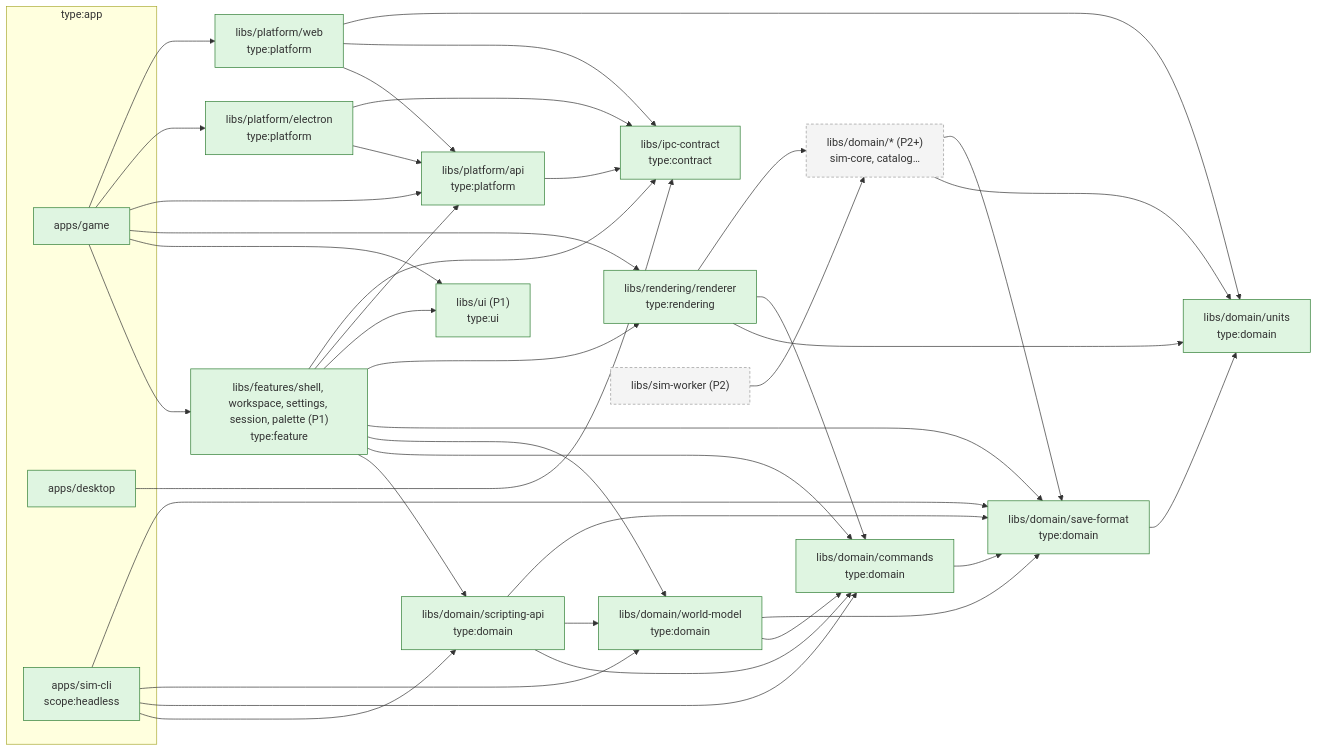
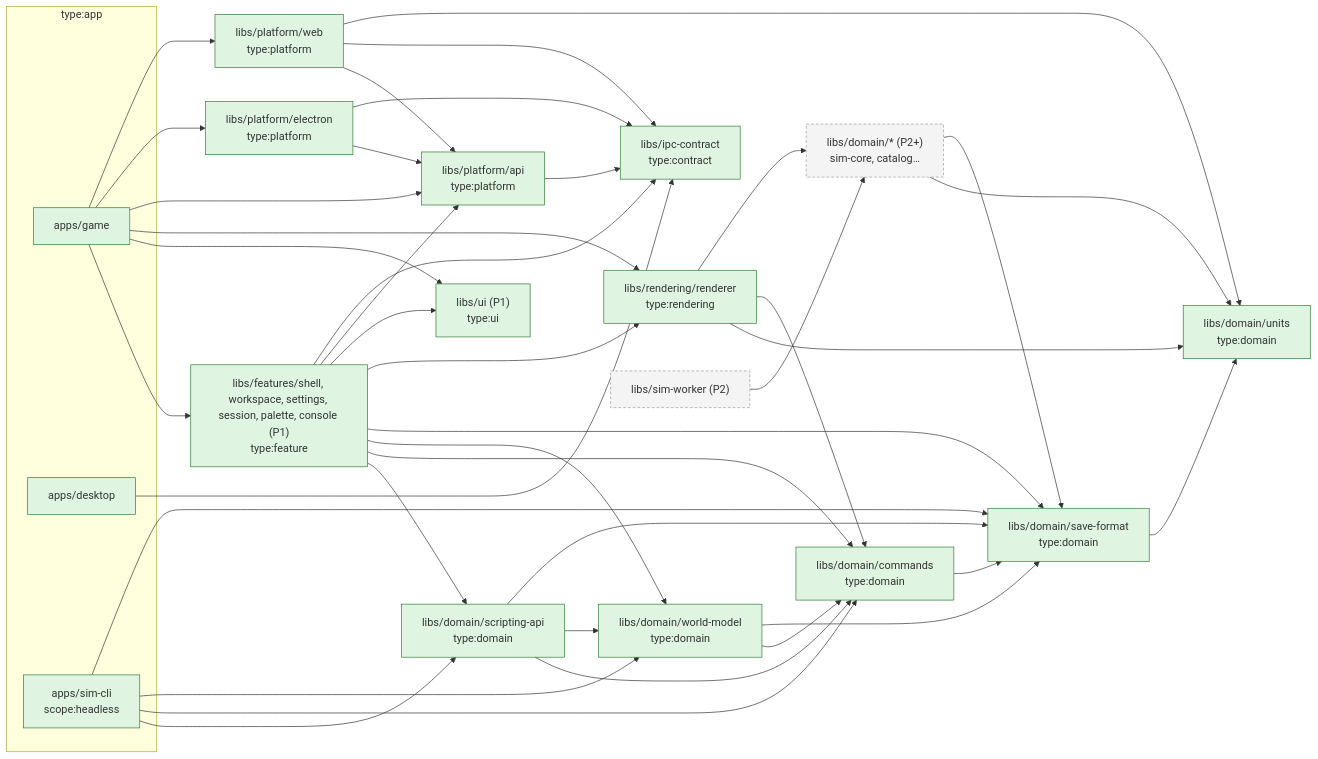
One commit to joebarbere/controls changed the second of 3 diagrams in docs/architecture/overview.md. Above: the diagram before and after it, drawn with Mermaid. The commit also changed other lines of this file and 53 other files, not shown here.

````diff
--- a/docs/architecture/overview.md
+++ b/docs/architecture/overview.md
@@ -67,42 +68,42 @@
 ```mermaid
 flowchart LR
     classDef p0 fill:#dff5e1,stroke:#2e7d32;
     classDef later fill:#f4f4f4,stroke:#999,stroke-dasharray: 4 3;
 
     subgraph apps["type:app"]
         GAME["apps/game"]:::p0
         DESK["apps/desktop"]:::p0
         SIMCLI["apps/sim-cli<br/>scope:headless"]:::p0
     end
 
-    FEAT["libs/features/shell, workspace, settings, session, palette (P1)<br/>type:feature"]:::p0
+    FEAT["libs/features/shell, workspace, settings, session, palette, console (P1)<br/>type:feature"]:::p0
     UI["libs/ui (P1)<br/>type:ui"]:::p0
     REND["libs/rendering/renderer<br/>type:rendering"]:::p0
     PAPI["libs/platform/api<br/>type:platform"]:::p0
     PEL["libs/platform/electron<br/>type:platform"]:::p0
     PWEB["libs/platform/web<br/>type:platform"]:::p0
     IPC["libs/ipc-contract<br/>type:contract"]:::p0
     UNITS["libs/domain/units<br/>type:domain"]:::p0
     SF["libs/domain/save-format<br/>type:domain"]:::p0
     CMDS["libs/domain/commands<br/>type:domain"]:::p0
     WM["libs/domain/world-model<br/>type:domain"]:::p0
     SAPI["libs/domain/scripting-api<br/>type:domain"]:::p0
     DOM["libs/domain/* (P2+)<br/>sim-core, catalog…"]:::later
     WORKER["libs/sim-worker (P2)"]:::later
 
     GAME --> FEAT & UI & REND & PAPI & PEL & PWEB
     DESK --> IPC
     SIMCLI --> SAPI & CMDS & WM & SF
     FEAT --> SAPI & CMDS & WM & SF & REND & UI & PAPI & IPC
     REND --> UNITS & CMDS & DOM
     PAPI --> IPC
     PEL --> PAPI & IPC
     PWEB --> PAPI & IPC & UNITS
     WORKER --> DOM
     DOM --> UNITS
     SF --> UNITS
     CMDS --> SF
     WM --> CMDS & SF
     SAPI --> CMDS & WM & SF
     DOM --> SF
 ```
````
